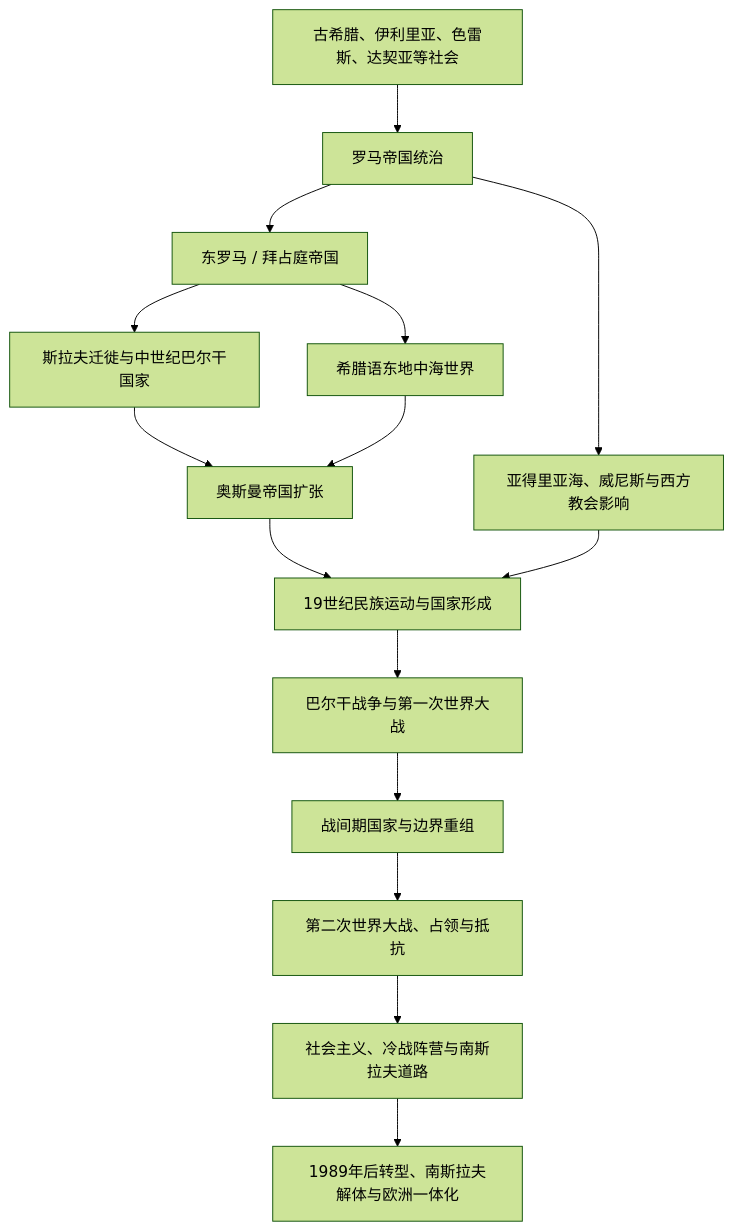
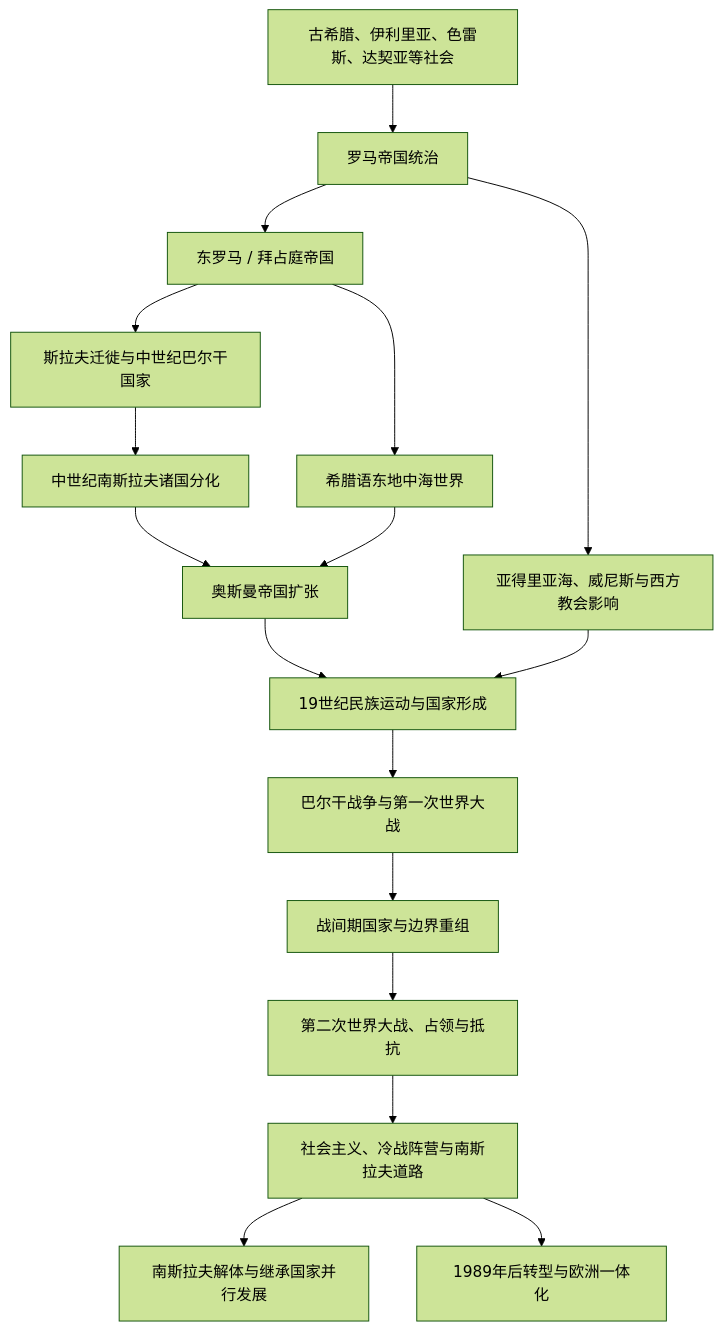
The diagram in 人文科学/历史/欧洲/东南欧与巴尔干/README.md (tianlan-dev/learning-notes), drawn with Mermaid (forest theme) before and after one commit. The commit also changed other lines of this file and 180 other files, not shown here.

````diff
--- a/人文科学/历史/欧洲/东南欧与巴尔干/README.md
+++ b/人文科学/历史/欧洲/东南欧与巴尔干/README.md
@@ -13,17 +13,19 @@
 ```mermaid
 flowchart TD
     Ancient["古希腊、伊利里亚、色雷斯、达契亚等社会"] --> Rome["罗马帝国统治"]
     Rome --> Byzantium["东罗马 / 拜占庭帝国"]
     Byzantium --> Slavs["斯拉夫迁徙与中世纪巴尔干国家"]
     Byzantium --> GreekWorld["希腊语东地中海世界"]
-    Slavs --> Ottoman["奥斯曼帝国扩张"]
+    Slavs --> SouthSlavStates["中世纪南斯拉夫诸国分化"]
+    SouthSlavStates --> Ottoman["奥斯曼帝国扩张"]
     GreekWorld --> Ottoman
     Rome --> LatinWest["亚得里亚海、威尼斯与西方教会影响"]
     Ottoman --> National["19世纪民族运动与国家形成"]
     LatinWest --> National
     National --> BalkanWars["巴尔干战争与第一次世界大战"]
     BalkanWars --> Interwar["战间期国家与边界重组"]
     Interwar --> WWII["第二次世界大战、占领与抵抗"]
     WWII --> ColdWar["社会主义、冷战阵营与南斯拉夫道路"]
-    ColdWar --> Post1989["1989年后转型、南斯拉夫解体与欧洲一体化"]
+    ColdWar --> YugBreakup["南斯拉夫解体与继承国家并行发展"]
+    ColdWar --> Post1989["1989年后转型与欧洲一体化"]
 ```
````
